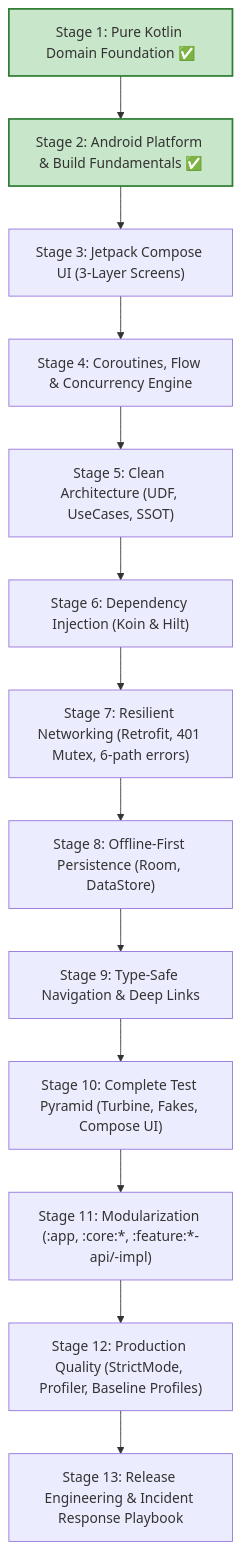
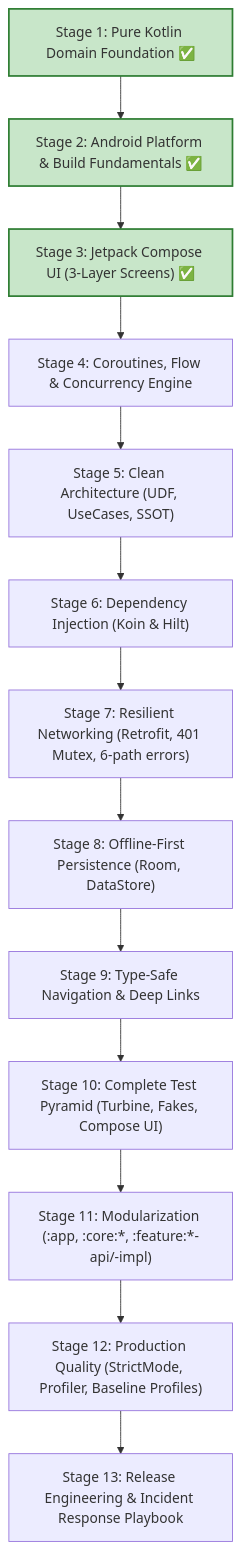
Before and after one commit to rohitlavate97/android-development: the diagram in enterprise-finance-tracker-real-time-app/README.md, drawn with Mermaid. The commit also changed other lines of this file and 13 other files, not shown here.

Commit message:
feat(stage-3): Implement Jetpack Compose UI layer with 3-layer screen pattern, Material 3 theming, and screens

````diff
--- a/enterprise-finance-tracker-real-time-app/README.md
+++ b/enterprise-finance-tracker-real-time-app/README.md
@@ -21,18 +21,19 @@
 ```mermaid
 graph TD
     S01["Stage 1: Pure Kotlin Domain Foundation ✅"] --> S02["Stage 2: Android Platform & Build Fundamentals ✅"]
-    S02 --> S03["Stage 3: Jetpack Compose UI (3-Layer Screens)"]
+    S02 --> S03["Stage 3: Jetpack Compose UI (3-Layer Screens) ✅"]
     S03 --> S04["Stage 4: Coroutines, Flow & Concurrency Engine"]
     S04 --> S05["Stage 5: Clean Architecture (UDF, UseCases, SSOT)"]
     S05 --> S06["Stage 6: Dependency Injection (Koin & Hilt)"]
     S06 --> S07["Stage 7: Resilient Networking (Retrofit, 401 Mutex, 6-path errors)"]
     S07 --> S08["Stage 8: Offline-First Persistence (Room, DataStore)"]
     S08 --> S09["Stage 9: Type-Safe Navigation & Deep Links"]
     S09 --> S10["Stage 10: Complete Test Pyramid (Turbine, Fakes, Compose UI)"]
     S10 --> S11["Stage 11: Modularization (:app, :core:*, :feature:*-api/-impl)"]
     S11 --> S12["Stage 12: Production Quality (StrictMode, Profiler, Baseline Profiles)"]
     S12 --> S13["Stage 13: Release Engineering & Incident Response Playbook"]
 
     style S01 fill:#c8e6c9,stroke:#2e7d32,stroke-width:2px
     style S02 fill:#c8e6c9,stroke:#2e7d32,stroke-width:2px
+    style S03 fill:#c8e6c9,stroke:#2e7d32,stroke-width:2px
 ```
````
